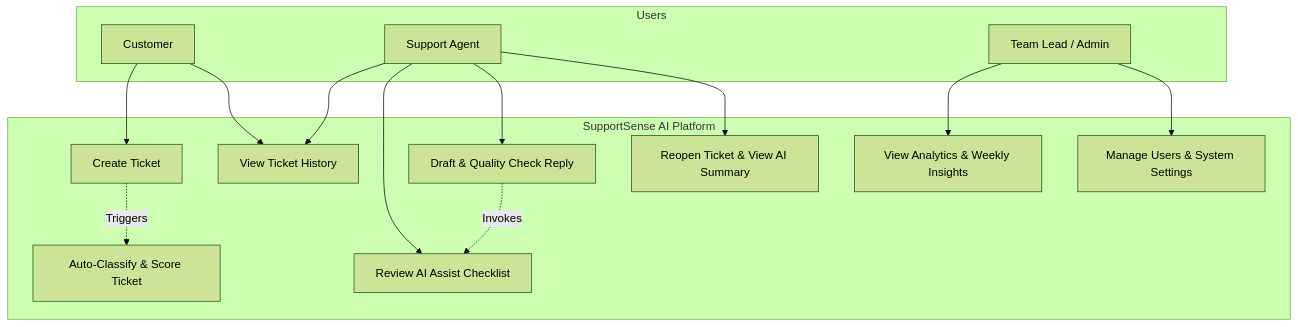
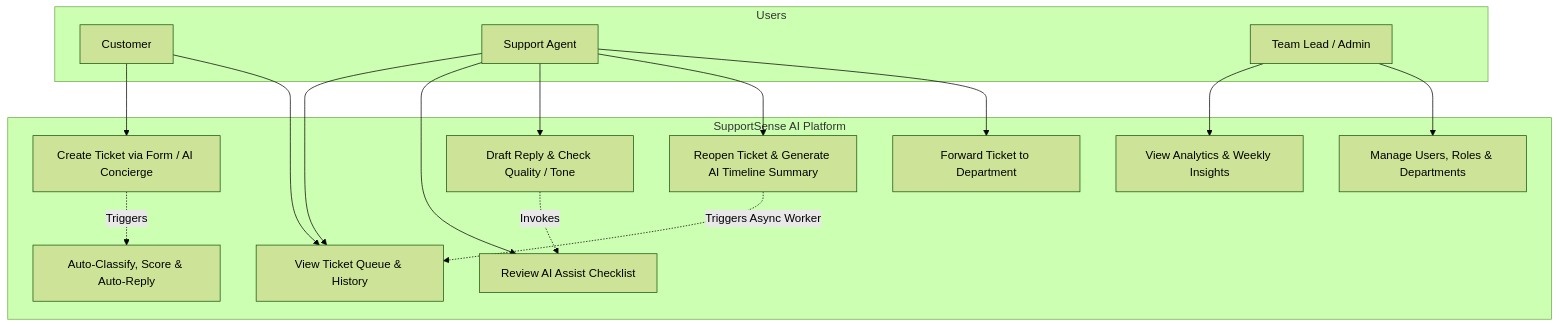
The diagram in docs/02_REQUIREMENTS_AND_USE_CASES.md (ByteLounge/SupportSenseAI), drawn with Mermaid (forest theme) before and after one commit. The commit also changed other lines of this file and 17 other files, not shown here.

````diff
--- a/docs/02_REQUIREMENTS_AND_USE_CASES.md
+++ b/docs/02_REQUIREMENTS_AND_USE_CASES.md
@@ -53,31 +58,34 @@
 ```mermaid
 graph TD
     subgraph Users
         C[Customer]
         A[Support Agent]
         TL[Team Lead / Admin]
     end
 
     subgraph "SupportSense AI Platform"
-        UC1[Create Ticket]
-        UC2[View Ticket History]
-        UC3[Auto-Classify & Score Ticket]
+        UC1[Create Ticket via Form / AI Concierge]
+        UC2[View Ticket Queue & History]
+        UC3[Auto-Classify, Score & Auto-Reply]
         UC4[Review AI Assist Checklist]
-        UC5[Draft & Quality Check Reply]
-        UC6[Reopen Ticket & View AI Summary]
-        UC7[View Analytics & Weekly Insights]
-        UC8[Manage Users & System Settings]
+        UC5[Draft Reply & Check Quality / Tone]
+        UC6[Reopen Ticket & Generate AI Timeline Summary]
+        UC7[Forward Ticket to Department]
+        UC8[View Analytics & Weekly Insights]
+        UC9[Manage Users, Roles & Departments]
     end
 
     C --> UC1
     C --> UC2
     A --> UC2
     A --> UC4
     A --> UC5
     A --> UC6
-    TL --> UC7
+    A --> UC7
     TL --> UC8
+    TL --> UC9
 
     UC1 -.->|Triggers| UC3
     UC5 -.->|Invokes| UC4
+    UC6 -.->|Triggers Async Worker| UC2
 ```
````
